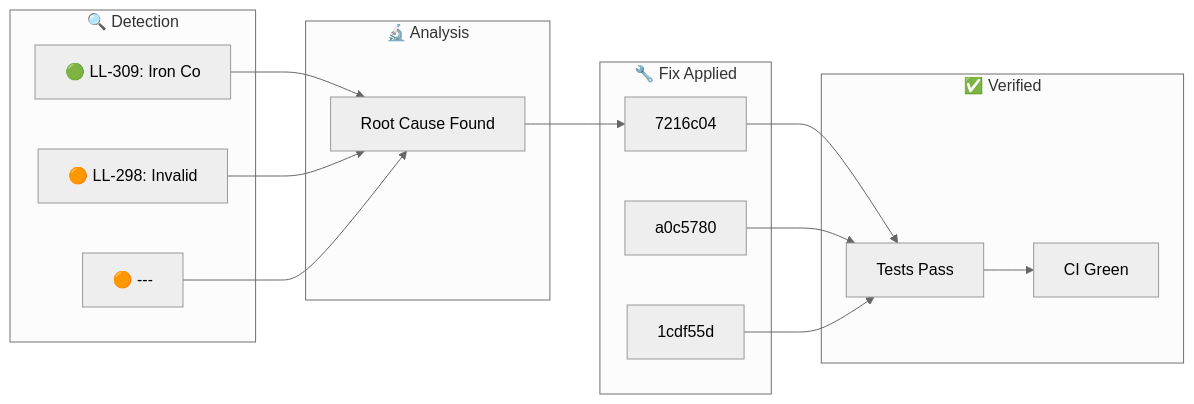
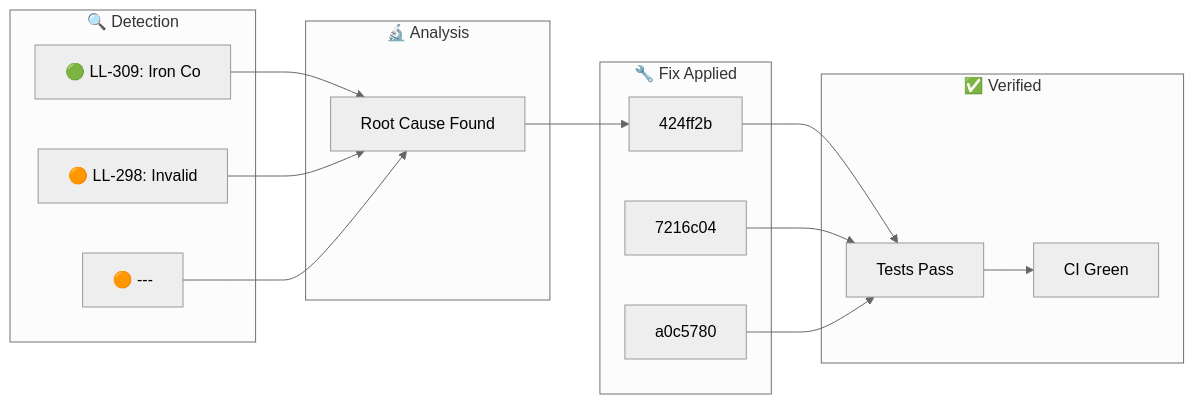
The diagram in docs/_posts/2026-01-27-ralph-discovery.md (YoByron/trading), drawn with Mermaid (neutral theme) before and after one commit. The commit also changed other lines of this file, not shown here.

Commit message:
docs(ralph): Auto-publish discovery blog post

````diff
--- a/docs/_posts/2026-01-27-ralph-discovery.md
+++ b/docs/_posts/2026-01-27-ralph-discovery.md
@@ -17,28 +17,28 @@
 ```mermaid
 flowchart LR
     subgraph Detection["🔍 Detection"]
         D1["🟢 LL-309: Iron Co"]
         D2["🟠 LL-298: Invalid"]
         D3["🟠 ---"]
     end
     subgraph Analysis["🔬 Analysis"]
         A1["Root Cause Found"]
     end
     subgraph Fix["🔧 Fix Applied"]
-        F1["7216c04"]
-        F2["a0c5780"]
-        F3["1cdf55d"]
+        F1["424ff2b"]
+        F2["7216c04"]
+        F3["a0c5780"]
     end
     subgraph Verify["✅ Verified"]
         V1["Tests Pass"]
         V2["CI Green"]
     end
     D1 --> A1
     D2 --> A1
     D3 --> A1
     A1 --> F1
     F1 --> V1
     F2 --> V1
     F3 --> V1
     V1 --> V2
 ```
````
